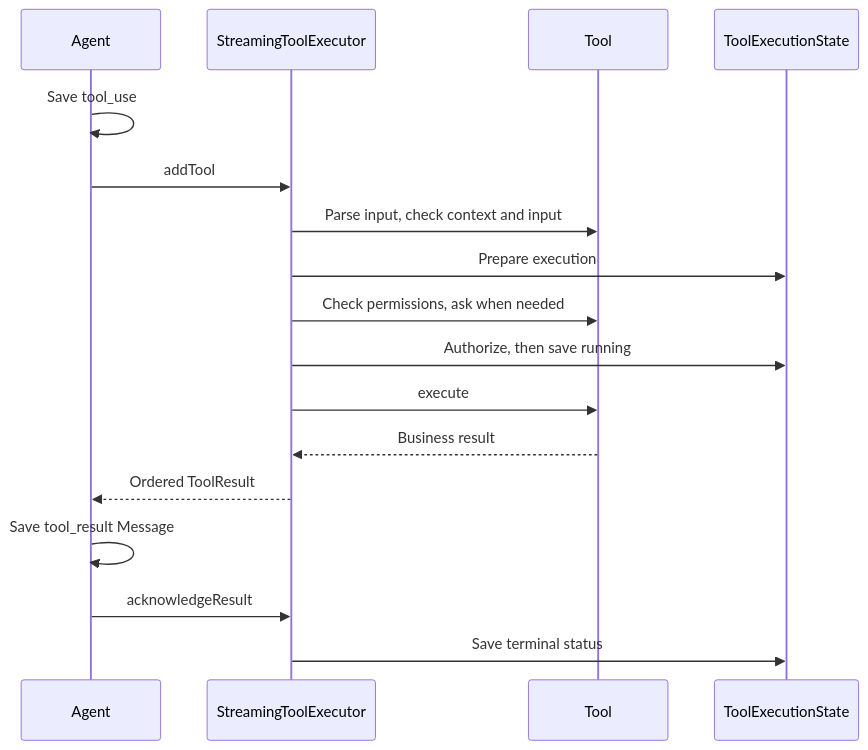
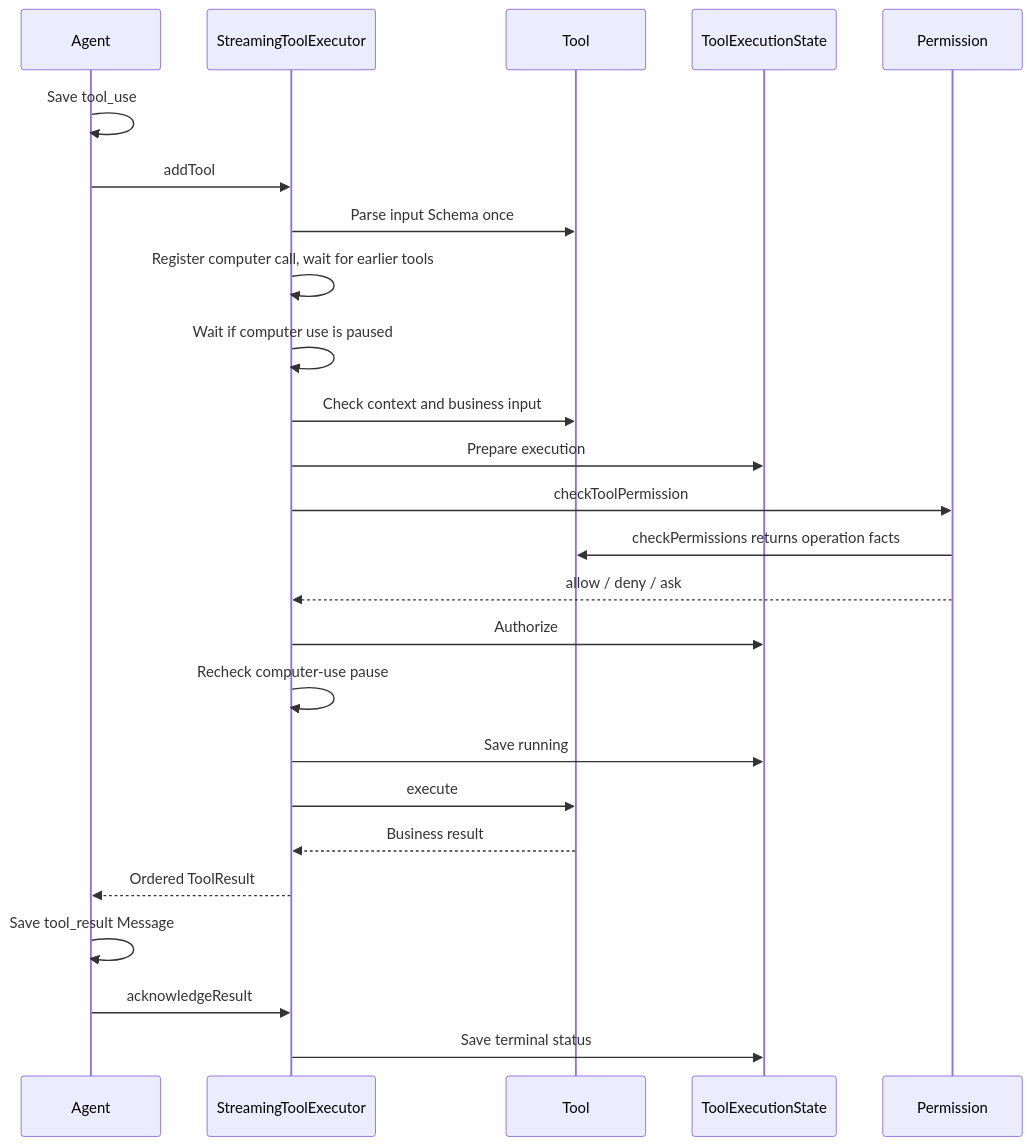
Before and after one commit to chengyuZou/EmaAgent: the diagram in src/tools/README.md, drawn with Mermaid. The commit also changed other lines of this file and 87 other files, not shown here.

````diff
--- a/src/tools/README.md
+++ b/src/tools/README.md
@@ -21,19 +21,27 @@
 ```mermaid
 sequenceDiagram
   participant Agent
   participant Executor as StreamingToolExecutor
   participant Tool
   participant State as ToolExecutionState
+  participant Permission
   Agent->>Agent: Save tool_use
   Agent->>Executor: addTool
-  Executor->>Tool: Parse input, check context and input
+  Executor->>Tool: Parse input Schema once
+  Executor->>Executor: Register computer call, wait for earlier tools
+  Executor->>Executor: Wait if computer use is paused
+  Executor->>Tool: Check context and business input
   Executor->>State: Prepare execution
-  Executor->>Tool: Check permissions, ask when needed
-  Executor->>State: Authorize, then save running
+  Executor->>Permission: checkToolPermission
+  Permission->>Tool: checkPermissions returns operation facts
+  Permission-->>Executor: allow / deny / ask
+  Executor->>State: Authorize
+  Executor->>Executor: Recheck computer-use pause
+  Executor->>State: Save running
   Executor->>Tool: execute
   Tool-->>Executor: Business result
   Executor-->>Agent: Ordered ToolResult
   Agent->>Agent: Save tool_result Message
   Agent->>Executor: acknowledgeResult
   Executor->>State: Save terminal status
 ```
````
